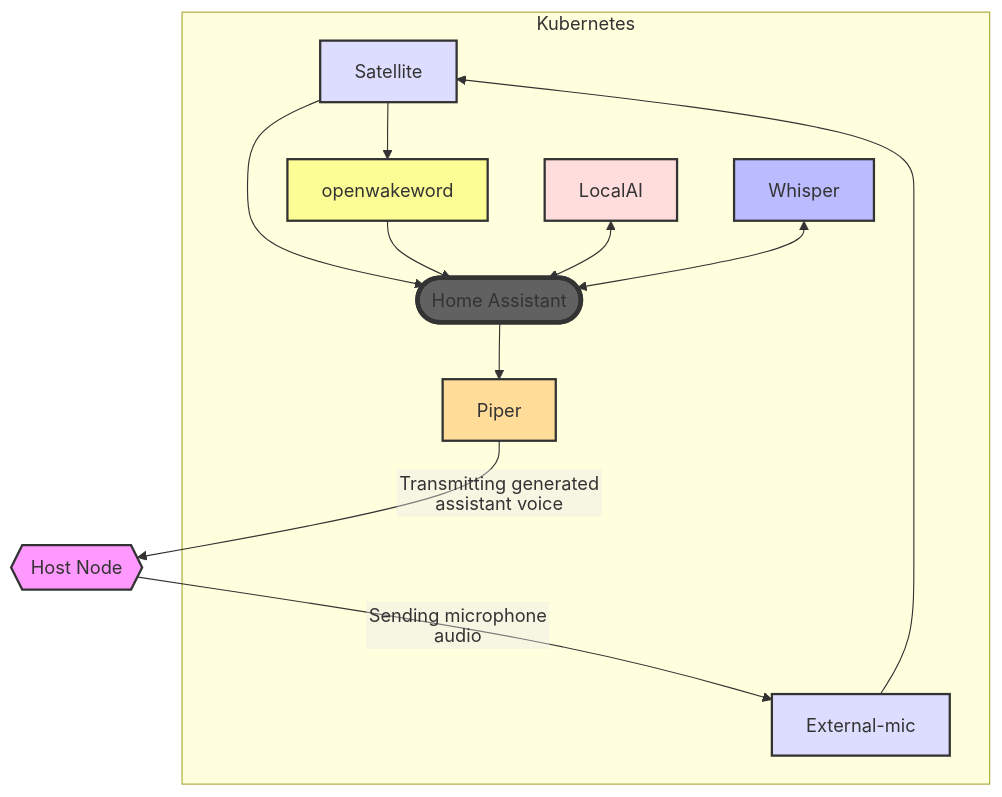
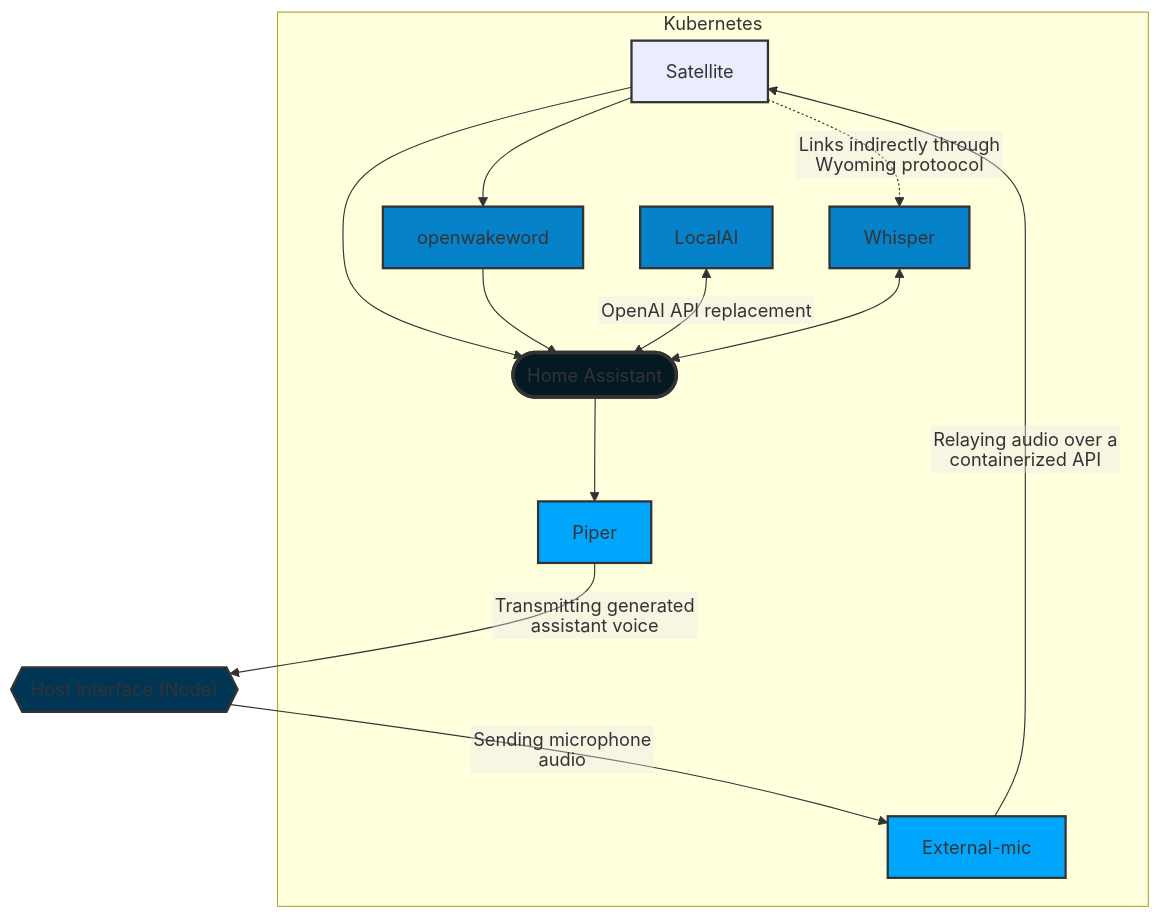
Before and after one commit to gruberdev/homelab: the diagram in apps/home/README.md, drawn with Mermaid. The commit also changed other lines of this file, not shown here.

Commit message:
[home] improved mermaid diagram for resources workflow

````diff
--- a/apps/home/README.md
+++ b/apps/home/README.md
@@ -5,40 +11,41 @@
 ```mermaid
 %%{init: {"flowchart": {"htmlLabels": false}} }%%
 
 flowchart TD
  subgraph k8s["Kubernetes"]
         Satellite["Satellite"]
         openwakeword["openwakeword"]
         External-mic["External-mic"]
         HomeAssistant(["Home Assistant"])
         LocalAI["LocalAI"]
         Piper["Piper"]
         Whisper["Whisper"]
   end
     click HomeAssistant callback "Github link for Home-Assistant"
     click HomeAssistant "https://github.com/gruberdev/homelab/tree/main/apps/home/ha" "Github app path"
     click HomeAssistant "https://github.com/gruberdev/homelab/tree/main/apps/home/ha" "Github app path"
     click External-mic "https://github.com/gruberdev/homelab/tree/main/apps/home/external-mic" "Github app path"
     click openwakeword "https://github.com/gruberdev/homelab/tree/main/apps/home/openwakeword" "Github app path"
     click Piper "https://github.com/gruberdev/homelab/tree/main/apps/home/piper" "Github app path"
     click Whisper "https://github.com/gruberdev/homelab/tree/main/apps/home/whisper" "Github app path"
     click Satellite "https://github.com/gruberdev/homelab/tree/main/apps/home/satellite" "Github app path"
     click LocalAI "https://github.com/gruberdev/homelab/tree/main/apps/services/mlops/local-ai" "Github app path"
-    Host_Computer{{"Host Node"}} -- Sending microphone audio --> External-mic
-    External-mic --> Satellite
+    Host_Computer{{"Host Interface (Node)"}} -- Sending microphone audio --> External-mic
+    Satellite -. Links indirectly through Wyoming protoocol .-> Whisper
+    External-mic -- Relaying audio over a containerized API --> Satellite
     Satellite --> HomeAssistant & openwakeword
     openwakeword --> HomeAssistant
-    LocalAI <--> HomeAssistant
+    LocalAI <-- OpenAI API replacement --> HomeAssistant
     HomeAssistant --> Piper
     Whisper <--> HomeAssistant
     Piper -- Transmitting generated assistant voice --> Host_Computer
-   
-    style Satellite fill:#ddf,stroke:#333,stroke-width:2px,stroke-dasharray: 0
-    style openwakeword fill:#fdfd96,stroke:#333,stroke-width:2px
-    style External-mic fill:#ddf,stroke:#333,stroke-width:2px
-    style HomeAssistant fill:#616161,stroke:#333,stroke-width:4px,stroke-dasharray: 0
-    style LocalAI fill:#fdd,stroke:#333,stroke-width:2px
-    style Piper fill:#fd9,stroke:#333,stroke-width:2px
-    style Whisper fill:#bbf,stroke:#333,stroke-width:2px
-    style Host_Computer  fill:#f9f,stroke:#333,stroke-width:2px
+
+  style Satellite fill:##0582ca,stroke:#333,stroke-width:2px,stroke-dasharray: 0
+  style openwakeword fill:#0582ca,stroke:#333,stroke-width:2px
+  style External-mic fill:#00a6fb,stroke:#333,stroke-width:2px
+  style HomeAssistant fill:#051923,stroke:#333,stroke-width:3px,stroke-dasharray: 0
+  style LocalAI fill:#0582ca,stroke:#333,stroke-width:2px
+  style Piper fill:#00a6fb,stroke:#333,stroke-width:2px
+  style Whisper fill:#0582ca,stroke:#333,stroke-width:2px
+  style Host_Computer  fill:#003554,stroke:#333,stroke-width:2px
 ```
````
